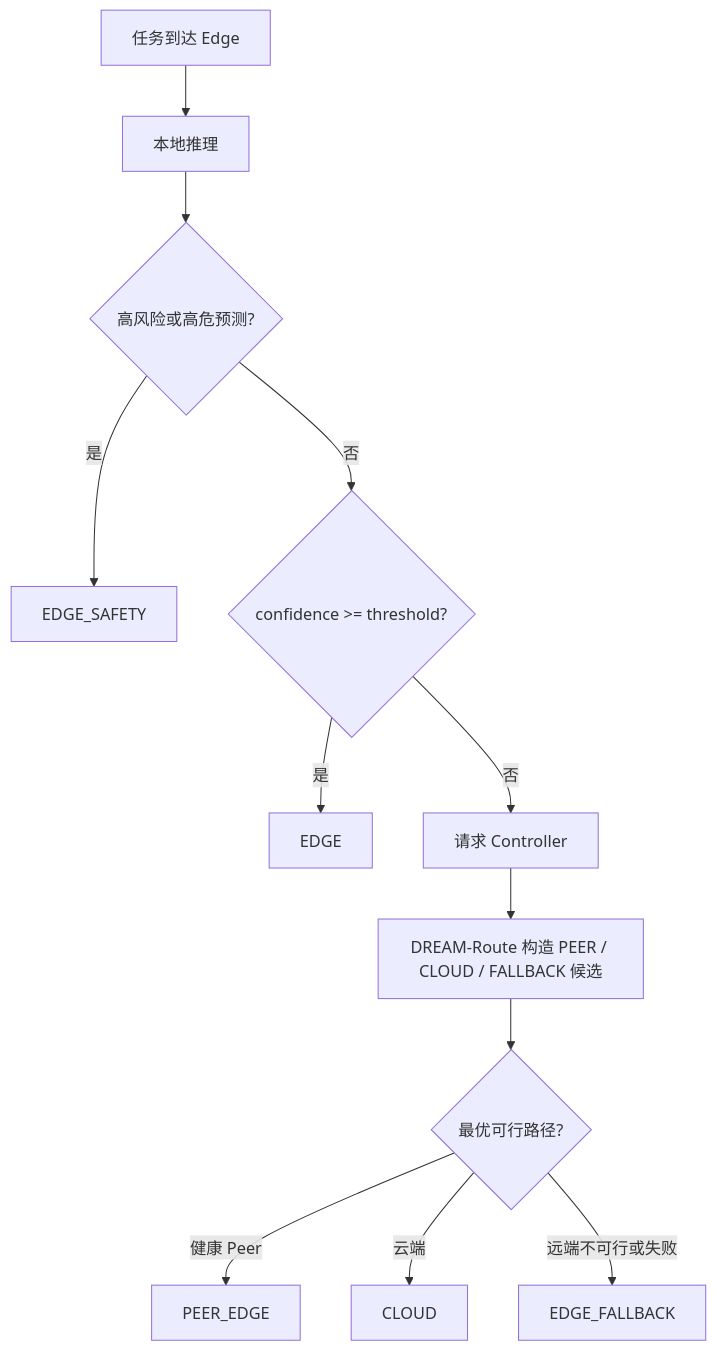
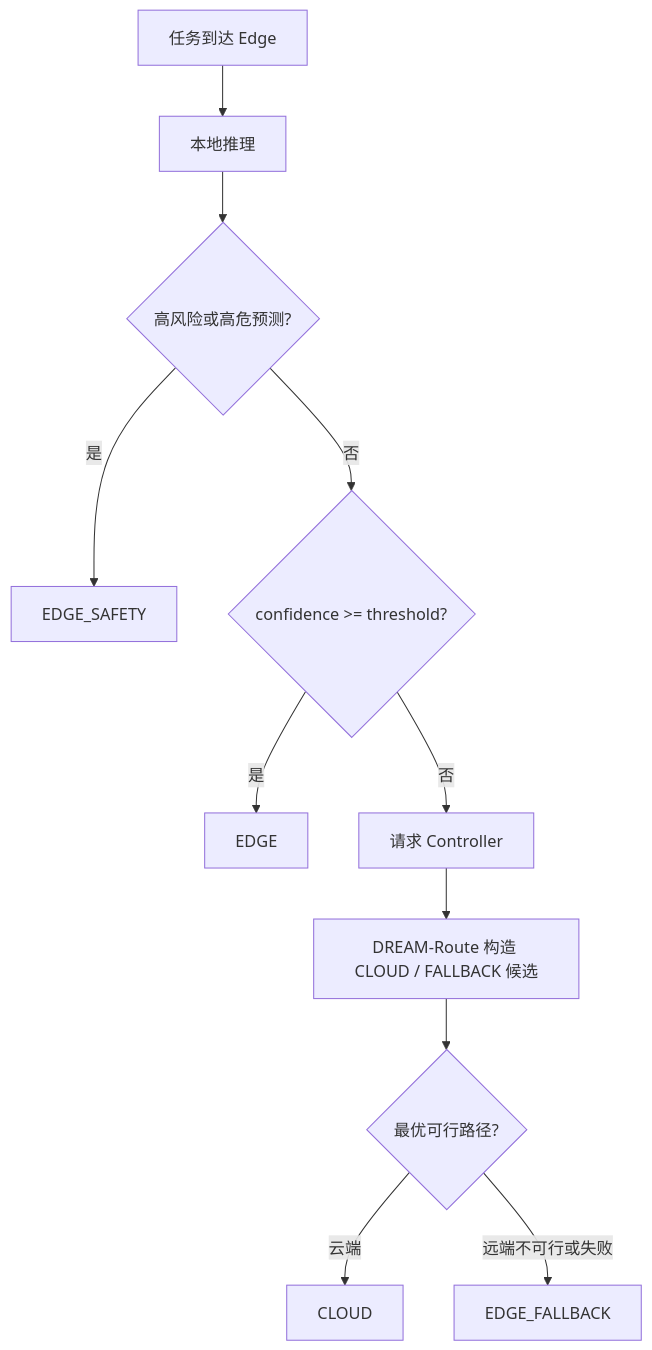
One commit to jry21223/cloud-edge-decision-system changed the second of 3 diagrams in docs/ARCHITECTURE.md. Above: the diagram before and after it, drawn with Mermaid. The commit also changed other lines of this file and 16 other files, not shown here.

````diff
--- a/docs/ARCHITECTURE.md
+++ b/docs/ARCHITECTURE.md
@@ -67,14 +65,13 @@
 ```mermaid
 flowchart TD
     A[任务到达 Edge] --> B[本地推理]
     B --> C{高风险或高危预测?}
     C -->|是| D[EDGE_SAFETY]
     C -->|否| E{confidence >= threshold?}
     E -->|是| F[EDGE]
     E -->|否| G[请求 Controller]
-    G --> H[DREAM-Route 构造 PEER / CLOUD / FALLBACK 候选]
+    G --> H[DREAM-Route 构造 CLOUD / FALLBACK 候选]
     H --> I{最优可行路径?}
-    I -->|健康 Peer| J[PEER_EDGE]
     I -->|云端| K[CLOUD]
     I -->|远端不可行或失败| L[EDGE_FALLBACK]
 ```
````
